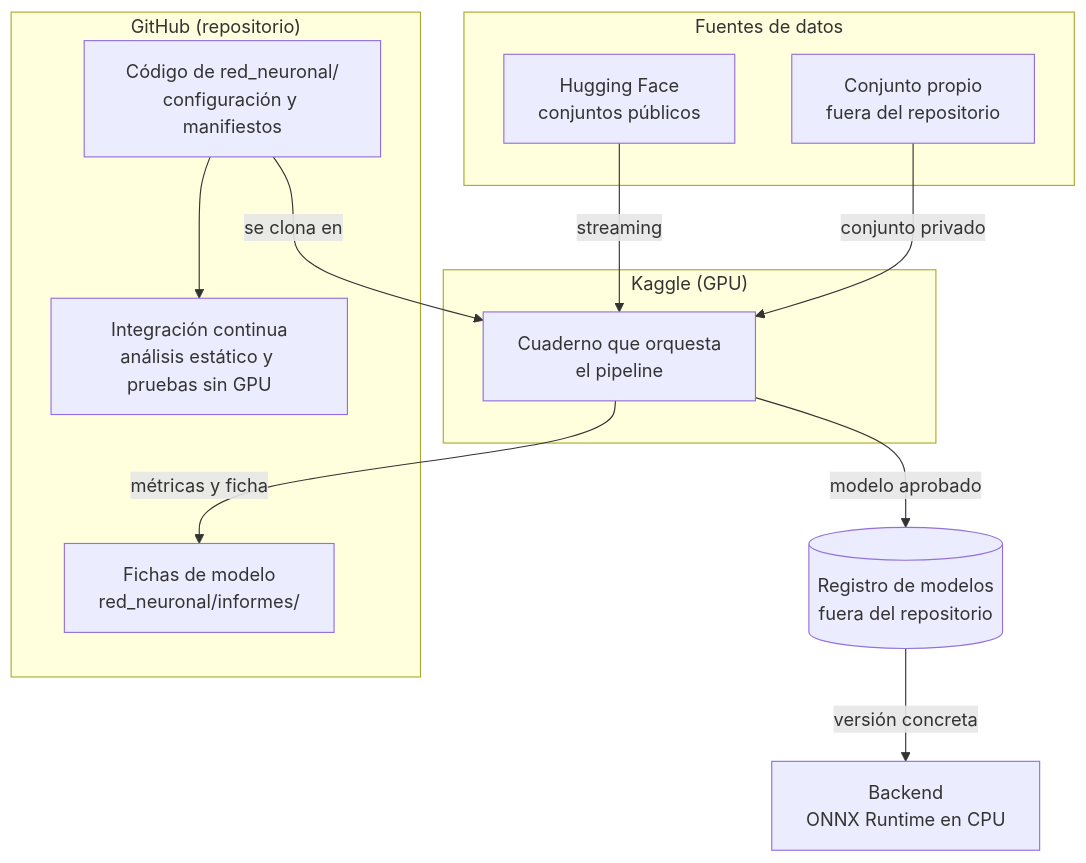
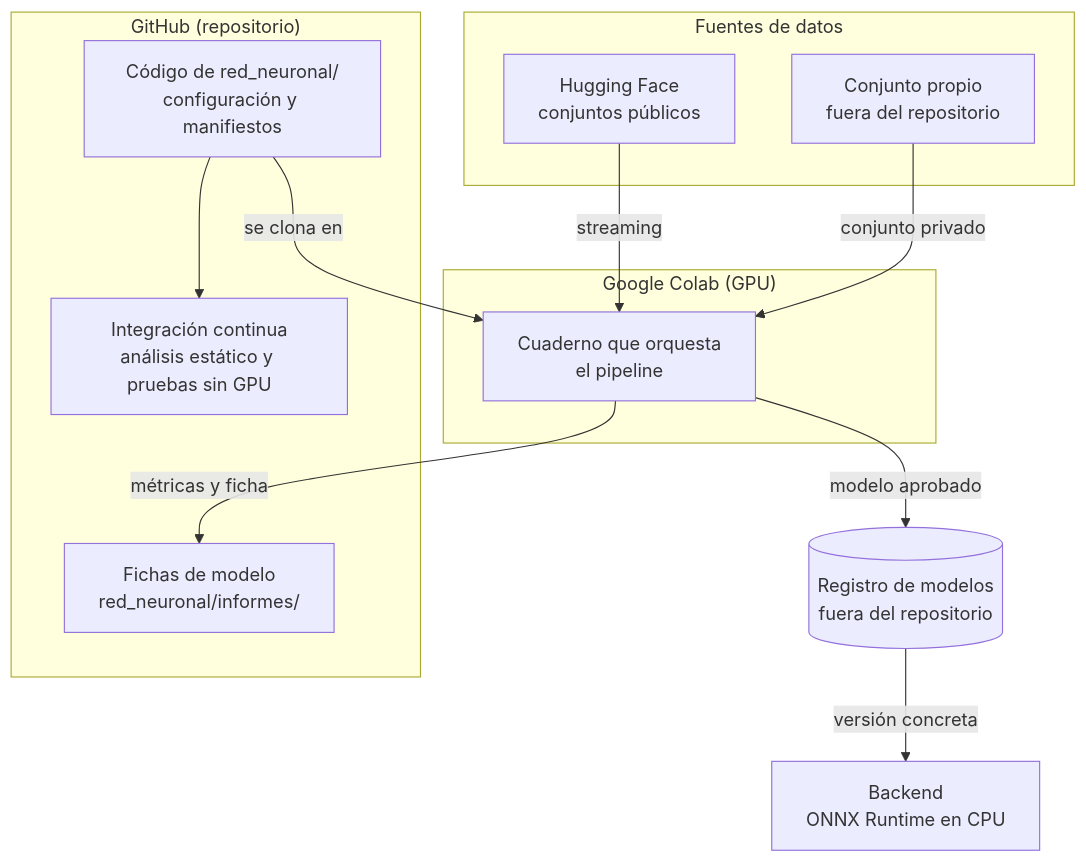
Before and after one commit to valentinasalmon/PFG-sistema-deteccion-IA: the second of 2 diagrams in docs/guias/ciclo-de-vida-red-neuronal.md, drawn with Mermaid. The commit also changed other lines of this file and 9 other files, not shown here.

First line of the commit message:
funcionalidad(clasificador): agregar cuaderno de prueba de concepto para Google Colab

````diff
--- a/docs/guias/ciclo-de-vida-red-neuronal.md
+++ b/docs/guias/ciclo-de-vida-red-neuronal.md
@@ -59,25 +59,25 @@
 ```mermaid
 flowchart TB
     subgraph GitHub["GitHub (repositorio)"]
         COD[Código de red_neuronal/<br/>configuración y manifiestos]
         CI[Integración continua<br/>análisis estático y pruebas sin GPU]
         FICHAS[Fichas de modelo<br/>red_neuronal/informes/]
     end
     subgraph Fuentes["Fuentes de datos"]
         HF[Hugging Face<br/>conjuntos públicos]
         PROPIO[Conjunto propio<br/>fuera del repositorio]
     end
-    subgraph Kaggle["Kaggle (GPU)"]
+    subgraph Colab["Google Colab (GPU)"]
         ENT[Cuaderno que orquesta<br/>el pipeline]
     end
     REG[(Registro de modelos<br/>fuera del repositorio)]
     BACK[Backend<br/>ONNX Runtime en CPU]
 
     COD -->|se clona en| ENT
     HF -->|streaming| ENT
     PROPIO -->|conjunto privado| ENT
     ENT -->|métricas y ficha| FICHAS
     ENT -->|modelo aprobado| REG
     REG -->|versión concreta| BACK
     COD --> CI
 ```
````
